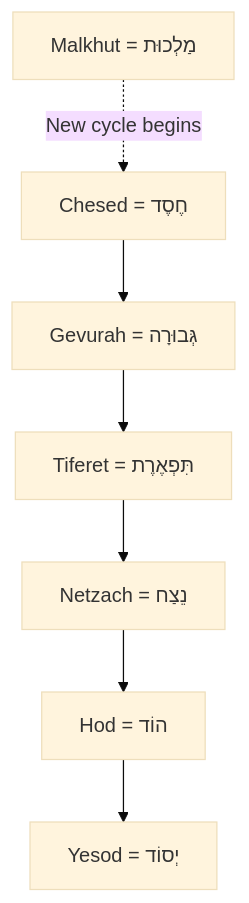
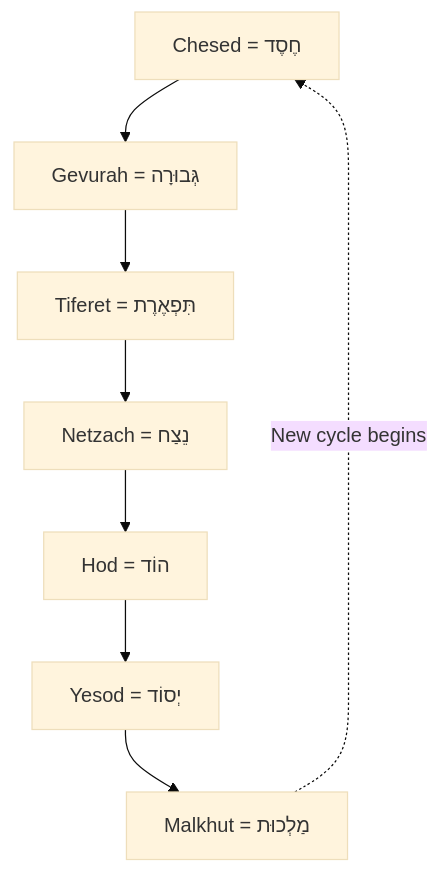
One commit to josefsbreakfast/Polaris-Protocol changed the third of 3 diagrams in Polaris_Nest/Git_Intake_Drawer/🍷_Always_Spiritually_In_Jerusalem/🌳_three_overaching_clusters.md. Above: the diagram before and after it, drawn with Mermaid (base theme).

````diff
--- a/Polaris_Nest/Git_Intake_Drawer/🍷_Always_Spiritually_In_Jerusalem/🌳_three_overaching_clusters.md
+++ b/Polaris_Nest/Git_Intake_Drawer/🍷_Always_Spiritually_In_Jerusalem/🌳_three_overaching_clusters.md
@@ -111,21 +111,22 @@
 ```mermaid
 
 graph TD
     A[Chesed = חֶסֶד]
     B[Gevurah = גְּבוּרָה]  
     C[Tiferet = תִּפְאֶרֶת]  
     D[Netzach = נֵצַח]  
     E[Hod = הוֹד]  
     F[Yesod = יְסוֹד]  
     G[Malkhut = מַלְכוּת]
 
 
 A --> B
 B --> C
 C --> D
 D --> E
 E --> F
+F --> G
 G -.->|New cycle begins| A
 
  
 ```
````
